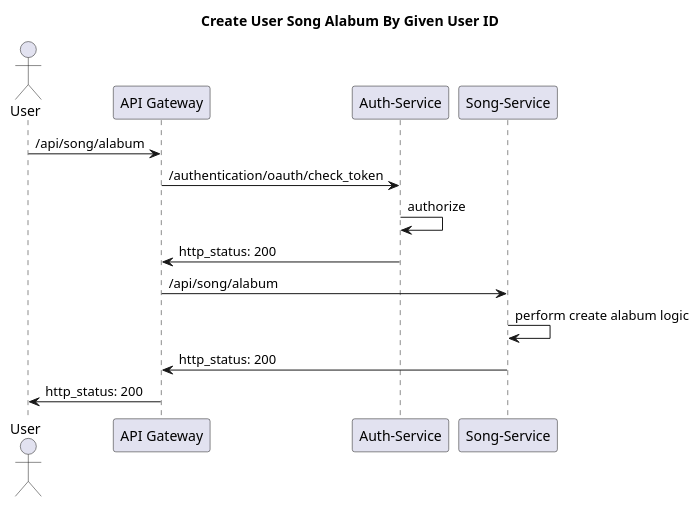
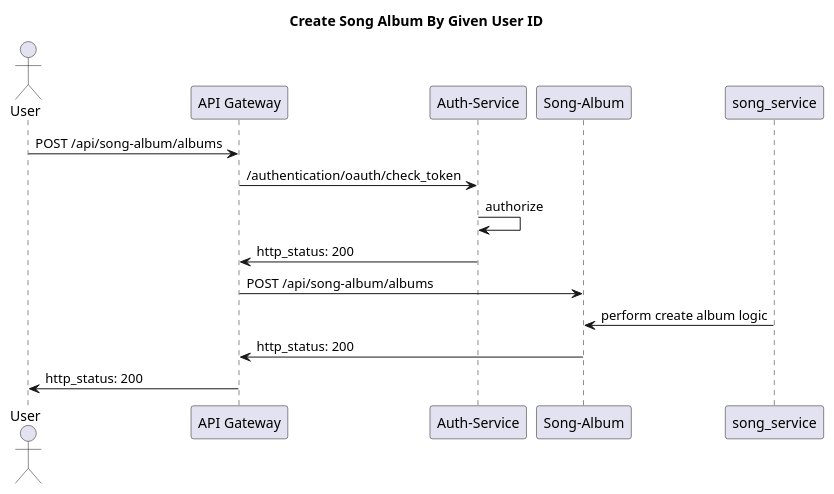
Before and after one commit to PheaSoy/java-microservice-completed-solution: the diagram in sequence-diagram/create-song-alabum.wsd, drawn with PlantUML. The commit also changed 59 other files, not shown here.

Commit message:
Changed sequence diagram name and create repos for song-album

```diff
--- a/sequence-diagram/create-song-alabum.wsd
+++ b/sequence-diagram/create-song-alabum.wsd
@@ -2,17 +2,18 @@
 @startuml
-    title : Create User Song Alabum By Given User ID
+    title : Create Song Album By Given User ID
     actor "User" as user
     participant "API Gateway" as api_gw
     participant "Auth-Service" as auth
-    participant "Song-Service" as song_service
+    participant "Song-Album" as song_album
 
     
-    user -> api_gw:  /api/song/alabum
+    user -> api_gw:  POST /api/song-album/albums
     api_gw -> auth: /authentication/oauth/check_token
     auth -> auth: authorize
     api_gw <- auth: http_status: 200
-    api_gw -> song_service: /api/song/alabum
-    song_service -> song_service: perform create alabum logic
-    api_gw <- song_service: http_status: 200
+    api_gw -> song_album: POST /api/song-album/albums
+    song_service -> song_album: perform create album logic
+    api_gw <- song_album: http_status: 200
     user <- api_gw: http_status: 200
+    
 @enduml
```
